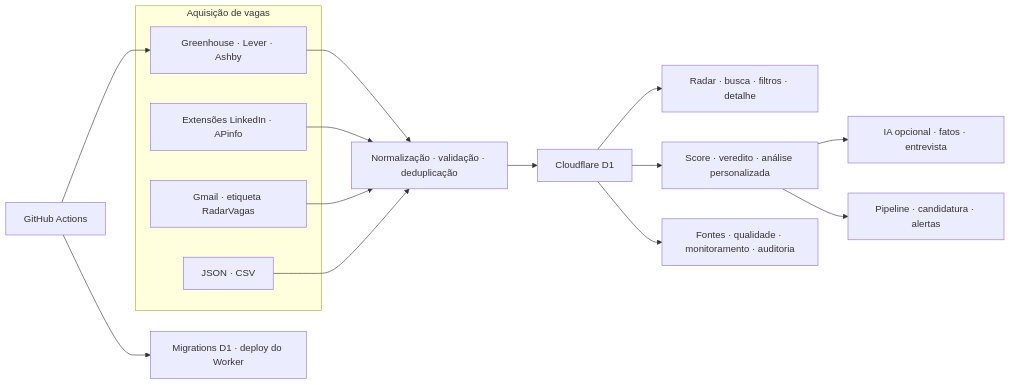
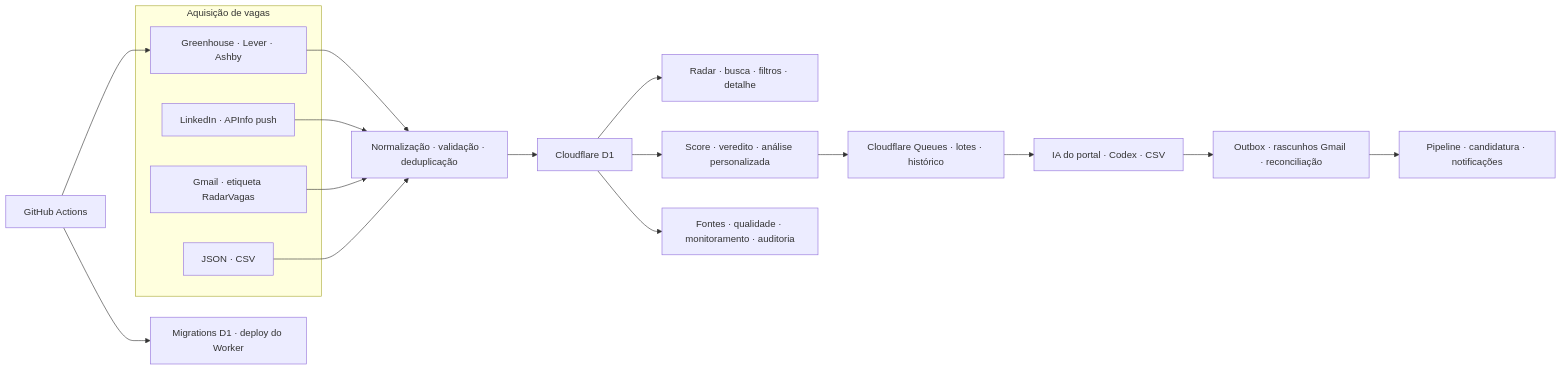
One commit to al-ramos/radar-carreira-platform changed the first of 4 diagrams in docs/visao-completa-do-projeto.md. Above: the diagram before and after it, drawn with Mermaid. The commit also changed other lines of this file and 2 other files, not shown here.

````diff
--- a/docs/visao-completa-do-projeto.md
+++ b/docs/visao-completa-do-projeto.md
@@ -26,22 +27,24 @@
 ```mermaid
 flowchart LR
     subgraph Entrada["Aquisição de vagas"]
         ATS["Greenhouse · Lever · Ashby"]
-        EXT["Extensões LinkedIn · APinfo"]
+        EXT["LinkedIn · APInfo push"]
         GMAIL["Gmail · etiqueta RadarVagas"]
         FILE["JSON · CSV"]
     end
 
     ATS --> NORM["Normalização · validação · deduplicação"]
     EXT --> NORM
     GMAIL --> NORM
     FILE --> NORM
     NORM --> D1["Cloudflare D1"]
     D1 --> RADAR["Radar · busca · filtros · detalhe"]
     D1 --> DECISAO["Score · veredito · análise personalizada"]
-    DECISAO --> IA["IA opcional · fatos · entrevista"]
-    DECISAO --> PIPE["Pipeline · candidatura · alertas"]
+    DECISAO --> FILA["Cloudflare Queues · lotes · histórico"]
+    FILA --> IA["IA do portal · Codex · CSV"]
+    IA --> OUTBOX["Outbox · rascunhos Gmail · reconciliação"]
+    OUTBOX --> PIPE["Pipeline · candidatura · notificações"]
     D1 --> OPS["Fontes · qualidade · monitoramento · auditoria"]
     GHA["GitHub Actions"] --> ATS
     GHA --> DEPLOY["Migrations D1 · deploy do Worker"]
 ```
````
